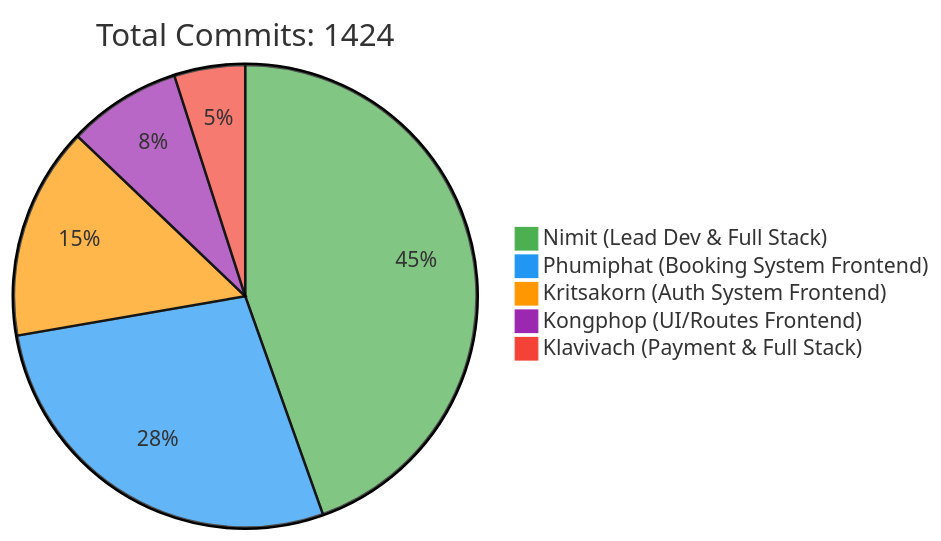
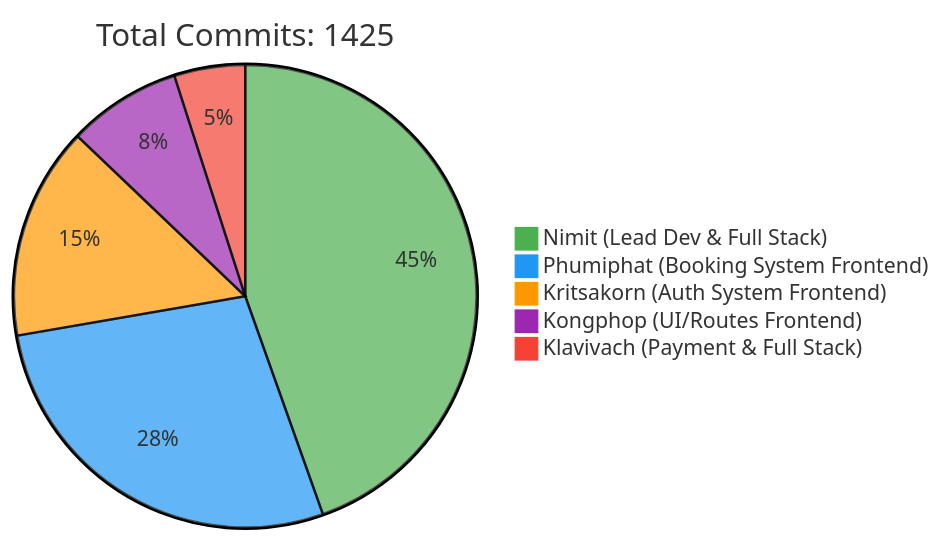
One commit to 6531503042/Sport-Complex changed the first of 2 diagrams in README.md. Above: the diagram before and after it, drawn with Mermaid. The commit also changed other lines of this file, not shown here.

Commit message:
docs: Update contributor statistics [skip ci]

````diff
--- a/README.md
+++ b/README.md
@@ -257,10 +257,10 @@
 ```mermaid
 %%{init: {'theme': 'base', 'themeVariables': { 'pie1': '#4CAF50', 'pie2': '#2196F3', 'pie3': '#FF9800', 'pie4': '#9C27B0', 'pie5': '#F44336'}}}%%
 pie
-    title Total Commits: 1424
+    title Total Commits: 1425
     "Nimit (Lead Dev & Full Stack)" : 450
     "Phumiphat (Booking System Frontend)" : 280
     "Kritsakorn (Auth System Frontend)" : 150
     "Kongphop (UI/Routes Frontend)" : 80
     "Klavivach (Payment & Full Stack)" : 50
 ```
````
